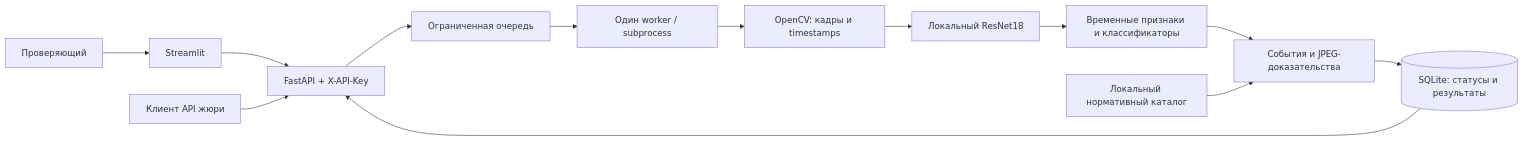
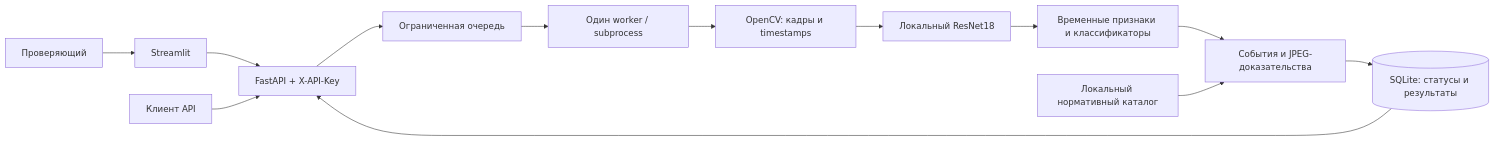
Before and after one commit to aikinovatomiris/ForteVision: the diagram in README.md, drawn with Mermaid. The commit also changed other lines of this file, not shown here.

````diff
--- a/README.md
+++ b/README.md
@@ -34,15 +34,15 @@
 ```mermaid
 flowchart LR
     U[Проверяющий] --> UI[Streamlit]
     UI --> API[FastAPI + X-API-Key]
-    J[Клиент API жюри] --> API
+    J[Клиент API] --> API
     API --> Q[Ограниченная очередь]
     Q --> W[Один worker / subprocess]
     W --> V[OpenCV: кадры и timestamps]
     V --> E[Локальный ResNet18]
     E --> M[Временные признаки и классификаторы]
     M --> R[События и JPEG-доказательства]
     R --> DB[(SQLite: статусы и результаты)]
     DB --> API
     N[Локальный нормативный каталог] --> R
 ```
````
